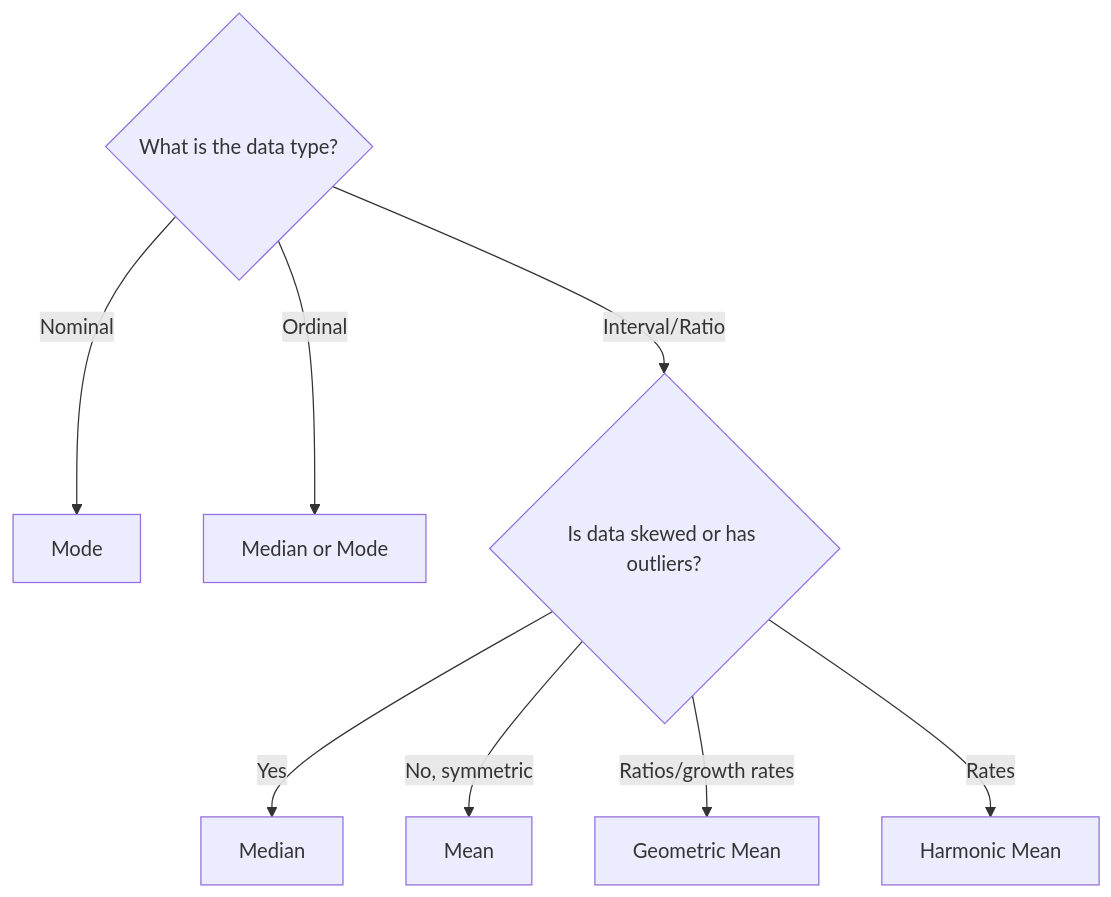
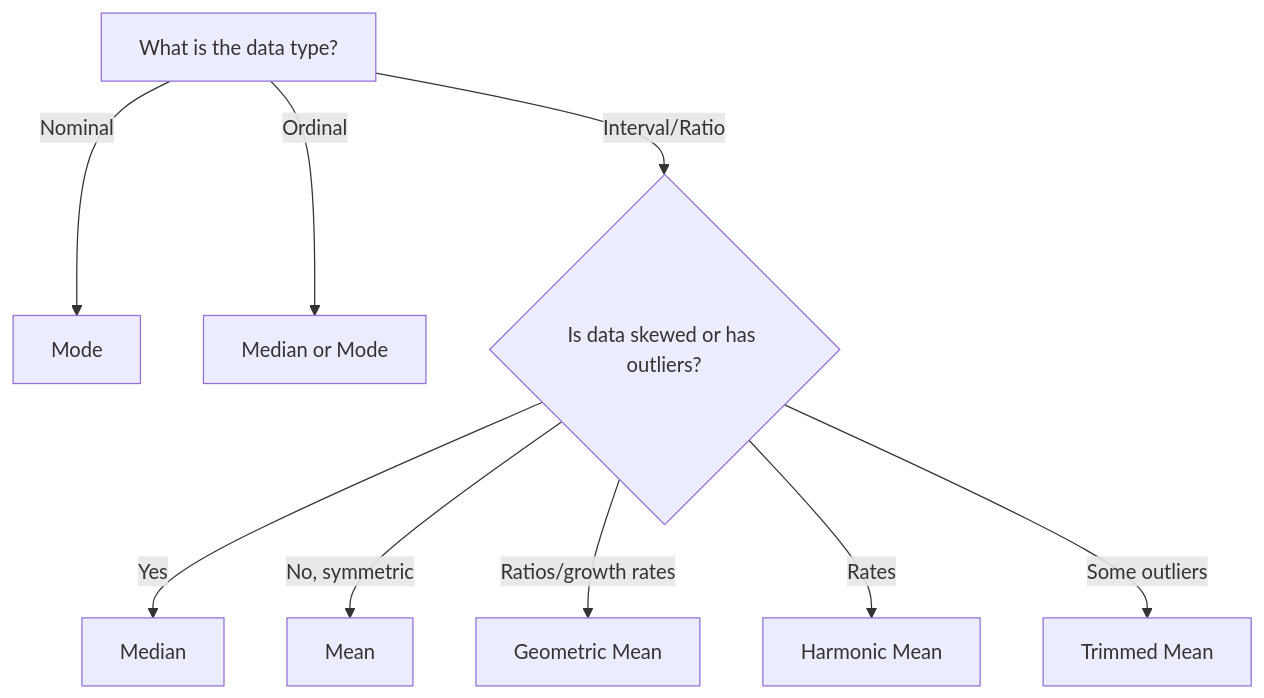
The fifth of 6 diagrams in 02-central-tendency.md (muhammadsalek/statistics-for-scientists), drawn with Mermaid before and after one commit. The commit also changed other lines of this file, not shown here.

````diff
--- a/02-central-tendency.md
+++ b/02-central-tendency.md
@@ -92,10 +663,11 @@
 ```mermaid
 flowchart TD
-    A{What is the data type?} -->|Nominal| B[Mode]
+    A[What is the data type?] -->|Nominal| B[Mode]
     A -->|Ordinal| C[Median or Mode]
     A -->|Interval/Ratio| D{Is data skewed or has outliers?}
     D -->|Yes| E[Median]
     D -->|No, symmetric| F[Mean]
     D -->|Ratios/growth rates| G[Geometric Mean]
     D -->|Rates| H[Harmonic Mean]
+    D -->|Some outliers| I[Trimmed Mean]
 ```
````
